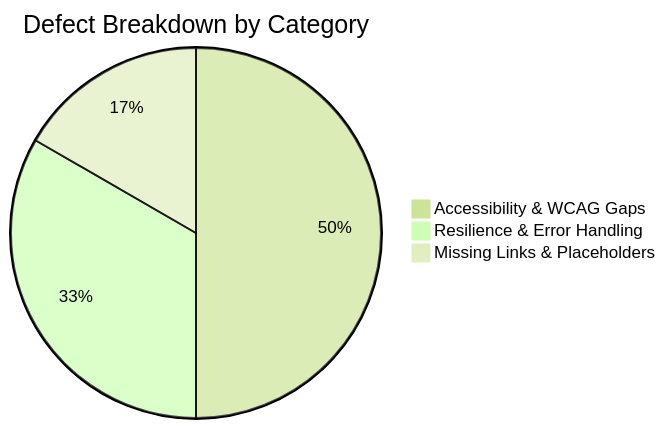
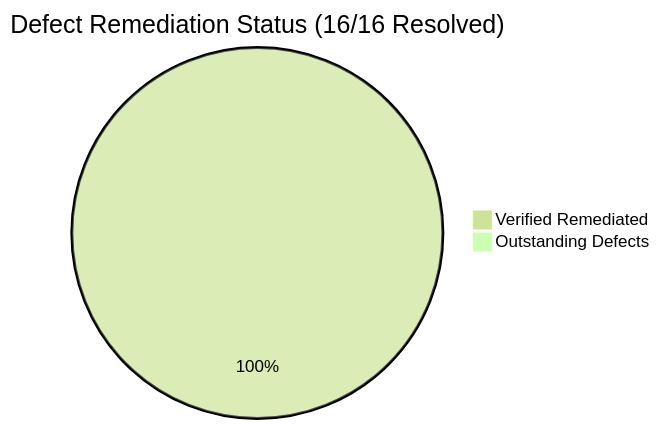
Before and after one commit to manasbhaumik-web/Mediclinic-Enterprise: the first of 2 diagrams in docs/qa-accessibility-audit.md, drawn with Mermaid (forest theme). The commit also changed other lines of this file and 16 other files, not shown here.

````diff
--- a/docs/qa-accessibility-audit.md
+++ b/docs/qa-accessibility-audit.md
@@ -23,6 +37,5 @@
 ```mermaid
-pie title Defect Breakdown by Category
-    "Accessibility & WCAG Gaps" : 6
-    "Resilience & Error Handling" : 4
-    "Missing Links & Placeholders" : 2
+pie title Defect Remediation Status (16/16 Resolved)
+    "Verified Remediated" : 16
+    "Outstanding Defects" : 0
 ```
````
